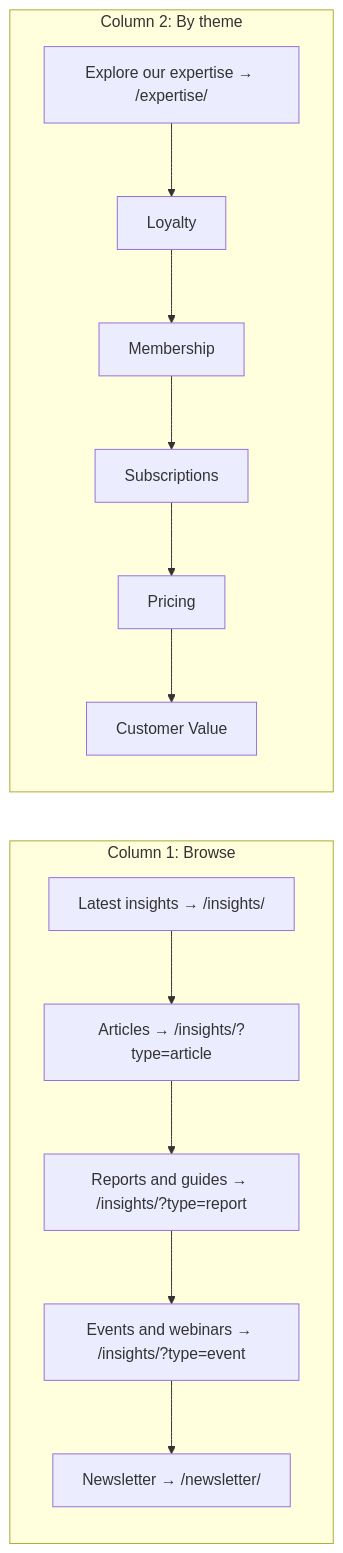
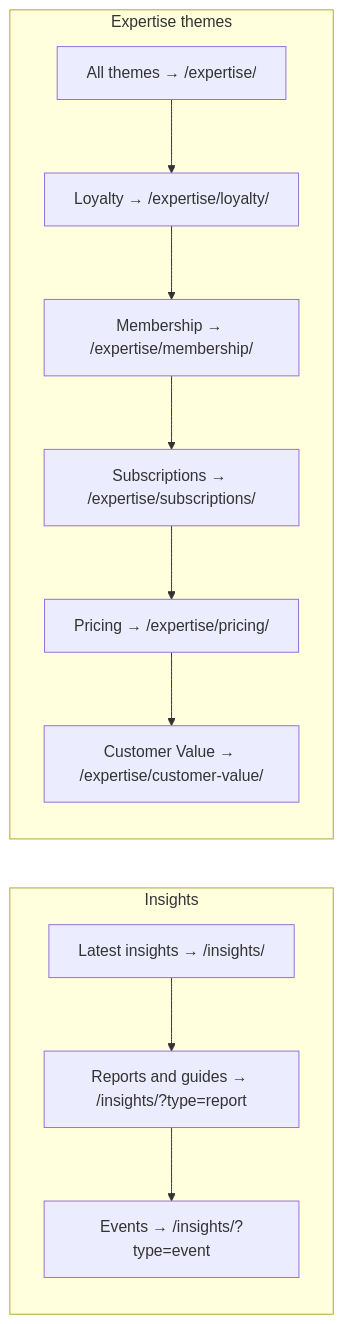
One commit to gsdd/temp-manifesto-ia changed the fourth of 7 diagrams in docs/diagrams/mega-nav.md. Above: the diagram before and after it, drawn with Mermaid. The commit also changed other lines of this file and 1 other file, not shown here.

Commit message:
v2 mermaid diagrams for the three-column mega-nav, triangle mapping and sitemap

````diff
--- a/docs/diagrams/mega-nav.md
+++ b/docs/diagrams/mega-nav.md
@@ -101,22 +81,20 @@
 ```mermaid
 flowchart LR
-    subgraph IB["Column 1: Browse"]
+    subgraph I1["Insights"]
         direction TB
-        IB1["Latest insights → /insights/"]
-        IB2["Articles → /insights/?type=article"]
-        IB3["Reports and guides → /insights/?type=report"]
-        IB4["Events and webinars → /insights/?type=event"]
-        IB5["Newsletter → /newsletter/"]
-        IB1 --> IB2 --> IB3 --> IB4 --> IB5
+        I1a["Latest insights → /insights/"]
+        I1b["Reports and guides → /insights/?type=report"]
+        I1c["Events → /insights/?type=event"]
+        I1a --> I1b --> I1c
     end
-    subgraph IT["Column 2: By theme"]
+    subgraph I2["Expertise themes"]
         direction TB
-        ITH["Explore our expertise → /expertise/"]
-        IT1["Loyalty"]
-        IT2["Membership"]
-        IT3["Subscriptions"]
-        IT4["Pricing"]
-        IT5["Customer Value"]
-        ITH --> IT1 --> IT2 --> IT3 --> IT4 --> IT5
+        I2h["All themes → /expertise/"]
+        I2a["Loyalty → /expertise/loyalty/"]
+        I2b["Membership → /expertise/membership/"]
+        I2c["Subscriptions → /expertise/subscriptions/"]
+        I2d["Pricing → /expertise/pricing/"]
+        I2e["Customer Value → /expertise/customer-value/"]
+        I2h --> I2a --> I2b --> I2c --> I2d --> I2e
     end
 ```
````
